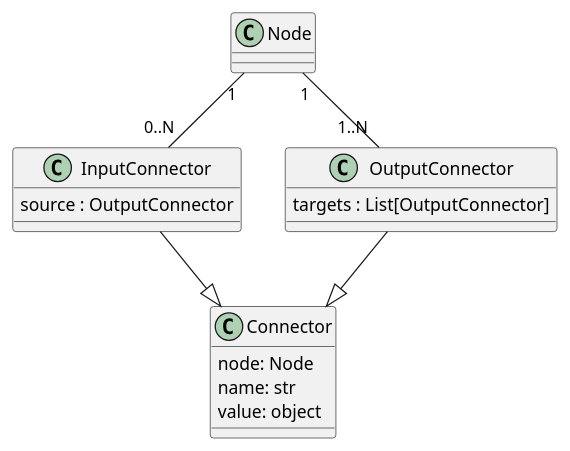
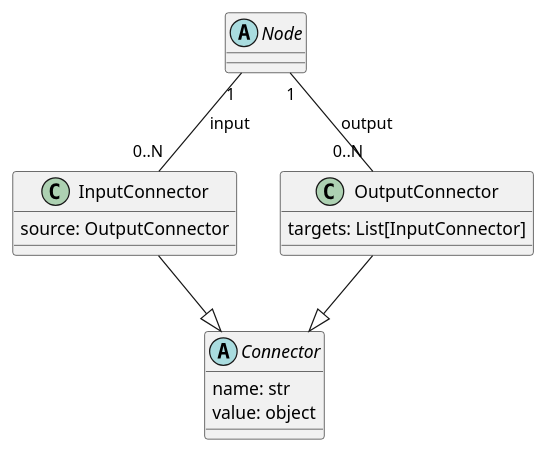
The diagram in doc/source/uml/node_connectors.puml (CCI-Tools/cate), drawn with PlantUML before and after one commit. The commit also changed 4 other files, not shown here.

Commit message:
UML updates

```diff
--- a/doc/source/uml/node_connectors.puml
+++ b/doc/source/uml/node_connectors.puml
@@ -1,16 +1,23 @@
 @startuml
 
-Connector : node: Node
-Connector : name: str
-Connector : value: object
+abstract Connector {
+    name: str
+    value: object
+}
 
+class InputConnector  {
+    source: OutputConnector
+}
+
+class OutputConnector  {
+    targets: List[InputConnector]
+}
+
+abstract Node {
+}
+
+Node "1" -- "0..N" InputConnector : input
+Node "1" -- "0..N" OutputConnector : output
 InputConnector --|> Connector
 OutputConnector --|> Connector
-
-InputConnector : source : OutputConnector
-OutputConnector : targets : List[OutputConnector]
-
-Node "1" -- "0..N" InputConnector
-Node "1" -- "1..N" OutputConnector
-
 @enduml
```
